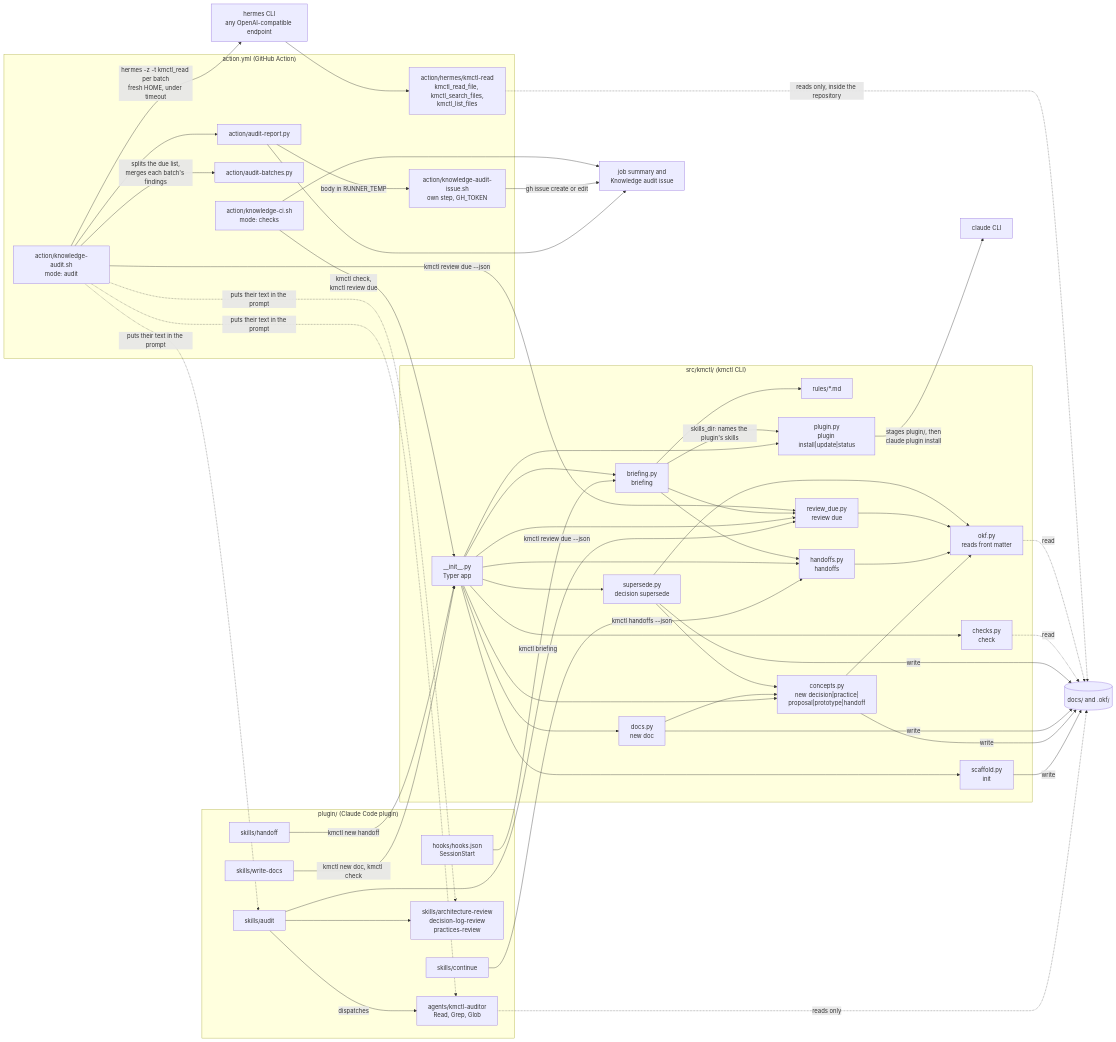
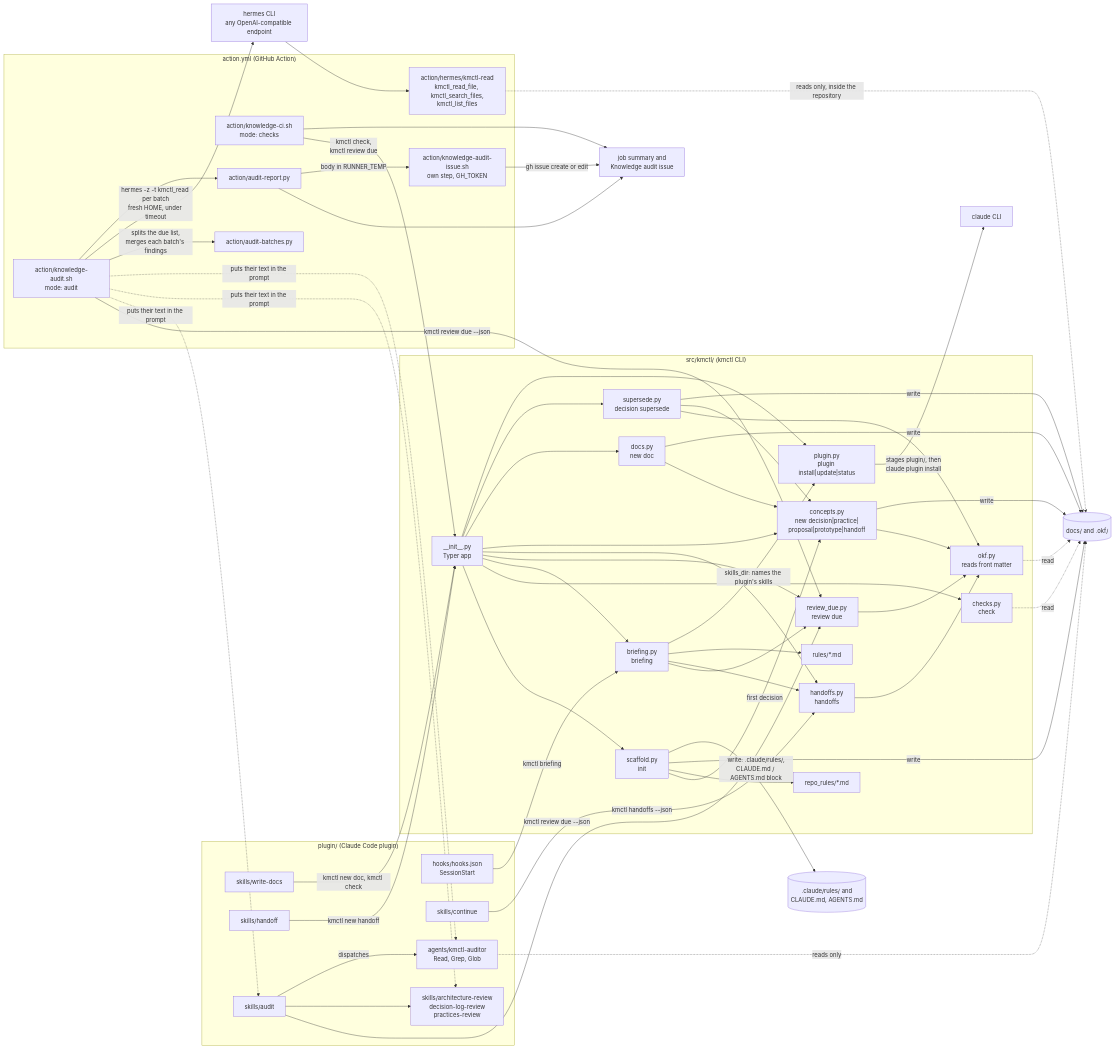
One commit to JasperHG90/kmctl changed the diagram in .okf/architecture/overview.md. Above: the diagram before and after it, drawn with Mermaid. The commit also changed other lines of this file and 20 other files, not shown here.

````diff
--- a/.okf/architecture/overview.md
+++ b/.okf/architecture/overview.md
@@ -20,71 +20,76 @@
 ```mermaid
 flowchart LR
     subgraph plugin["plugin/ (Claude Code plugin)"]
         hook["hooks/hooks.json<br/>SessionStart"]
         writeDocs["skills/write-docs"]
         handoff["skills/handoff"]
         cont["skills/continue"]
         audit["skills/audit"]
         reviews["skills/architecture-review<br/>decision-log-review<br/>practices-review"]
         auditor["agents/kmctl-auditor<br/>Read, Grep, Glob"]
     end
 
     subgraph cli["src/kmctl/ (kmctl CLI)"]
         app["__init__.py<br/>Typer app"]
         scaffold["scaffold.py<br/>init"]
+        repoRules["repo_rules/*.md"]
         checks["checks.py<br/>check"]
         briefing["briefing.py<br/>briefing"]
         rules["rules/*.md"]
         reviewDue["review_due.py<br/>review due"]
         handoffs["handoffs.py<br/>handoffs"]
         concepts["concepts.py<br/>new decision|practice|<br/>proposal|prototype|handoff"]
         docs["docs.py<br/>new doc"]
         supersede["supersede.py<br/>decision supersede"]
         pluginPy["plugin.py<br/>plugin install|update|status"]
         okf["okf.py<br/>reads front matter"]
     end
 
     subgraph action["action.yml (GitHub Action)"]
         ci["action/knowledge-ci.sh<br/>mode: checks"]
         auditSh["action/knowledge-audit.sh<br/>mode: audit"]
         batchesPy["action/audit-batches.py"]
         report["action/audit-report.py"]
         readTools["action/hermes/kmctl-read<br/>kmctl_read_file, kmctl_search_files,<br/>kmctl_list_files"]
         issueSh["action/knowledge-audit-issue.sh<br/>own step, GH_TOKEN"]
     end
 
     repo[("docs/ and .okf/")]
+    agentFiles[(".claude/rules/ and<br/>CLAUDE.md, AGENTS.md")]
     claude["claude CLI"]
     hermes["hermes CLI<br/>any OpenAI-compatible endpoint"]
     summary["job summary and<br/>Knowledge audit issue"]
 
     hook -- "kmctl briefing" --> briefing
     writeDocs -- "kmctl new doc, kmctl check" --> app
     handoff -- "kmctl new handoff" --> app
     cont -- "kmctl handoffs --json" --> handoffs
     audit -- "kmctl review due --json" --> reviewDue
     audit --> reviews
     audit -- "dispatches" --> auditor
     auditor -. "reads only" .-> repo
 
     app --> scaffold & checks & briefing & reviewDue & handoffs & concepts & docs & supersede & pluginPy
     briefing --> reviewDue & handoffs & rules
     briefing -- "skills_dir: names the plugin's skills" --> pluginPy
     concepts & handoffs & reviewDue & supersede --> okf
     docs & supersede --> concepts
+    scaffold -- "first decision" --> concepts
+    scaffold --> repoRules
     scaffold & concepts & docs & supersede -- "write" --> repo
+    scaffold -- "write: .claude/rules/,<br/>CLAUDE.md / AGENTS.md block" --> agentFiles
     checks & okf -. "read" .-> repo
     pluginPy -- "stages plugin/, then<br/>claude plugin install" --> claude
 
     ci -- "kmctl check,<br/>kmctl review due" --> app
     auditSh -- "kmctl review due --json" --> reviewDue
     auditSh -. "puts their text in the prompt" .-> audit & reviews & auditor
     auditSh -- "splits the due list,<br/>merges each batch's findings" --> batchesPy
     auditSh -- "hermes -z -t kmctl_read per batch<br/>fresh HOME, under timeout" --> hermes
     hermes --> readTools
     readTools -. "reads only, inside the repository" .-> repo
     auditSh --> report --> summary
     report -- "body in RUNNER_TEMP" --> issueSh
     issueSh -- "gh issue create or edit" --> summary
     ci --> summary
 ```
````
